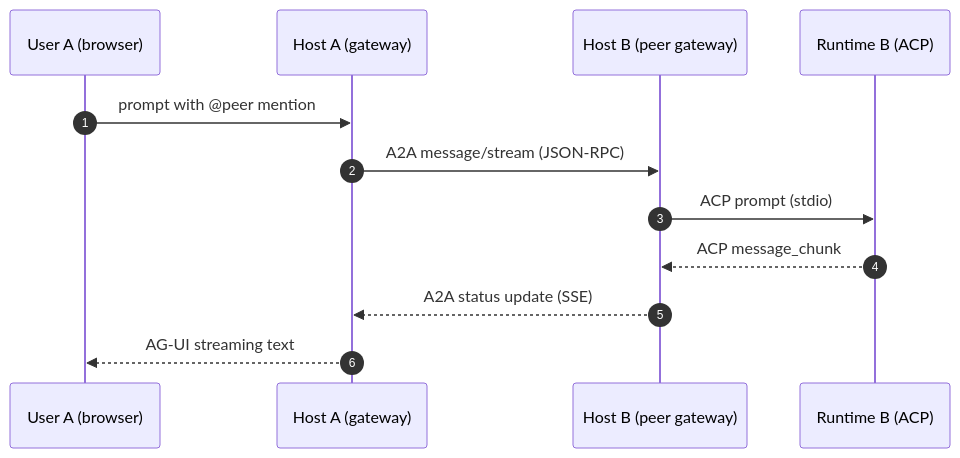
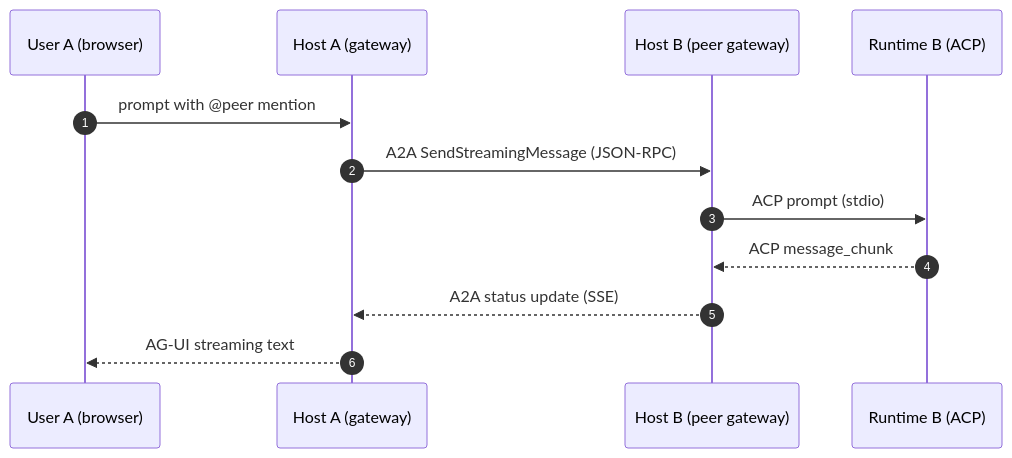
One commit to jensbodal/agents-js changed the diagram in docs/protocols-primer.md. Above: the diagram before and after it, drawn with Mermaid. The commit also changed 9 other files, not shown here.

First line of the commit message:
docs: rewrite A2A wire references to 1.0 (SendMessage/GetTask/…)

````diff
--- a/docs/protocols-primer.md
+++ b/docs/protocols-primer.md
@@ -92,14 +92,14 @@
 ```mermaid
 sequenceDiagram
   autonumber
   participant U as User A (browser)
   participant H as Host A (gateway)
   participant P as Host B (peer gateway)
   participant R as Runtime B (ACP)
   U->>H: prompt with @peer mention
-  H->>P: A2A message/stream (JSON-RPC)
+  H->>P: A2A SendStreamingMessage (JSON-RPC)
   P->>R: ACP prompt (stdio)
   R-->>P: ACP message_chunk
   P-->>H: A2A status update (SSE)
   H-->>U: AG-UI streaming text
 ```
````
